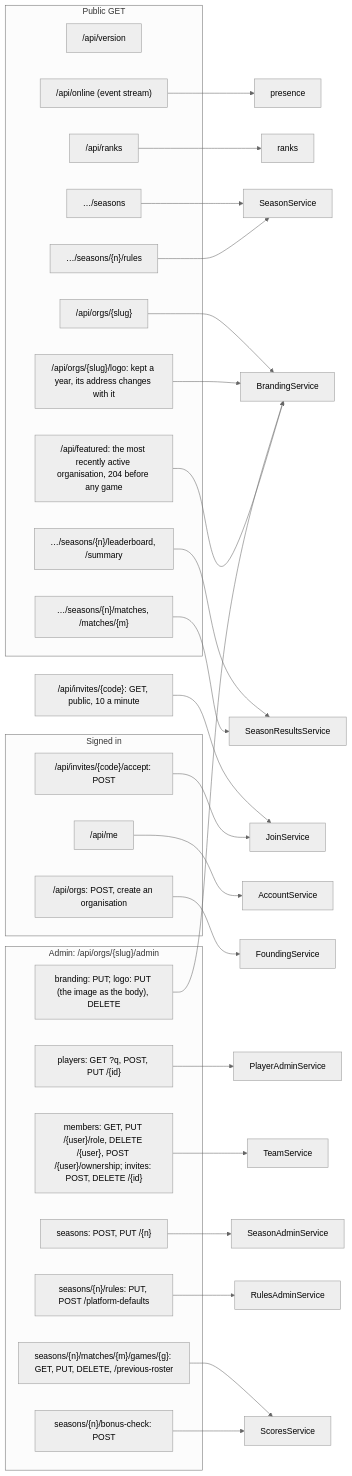
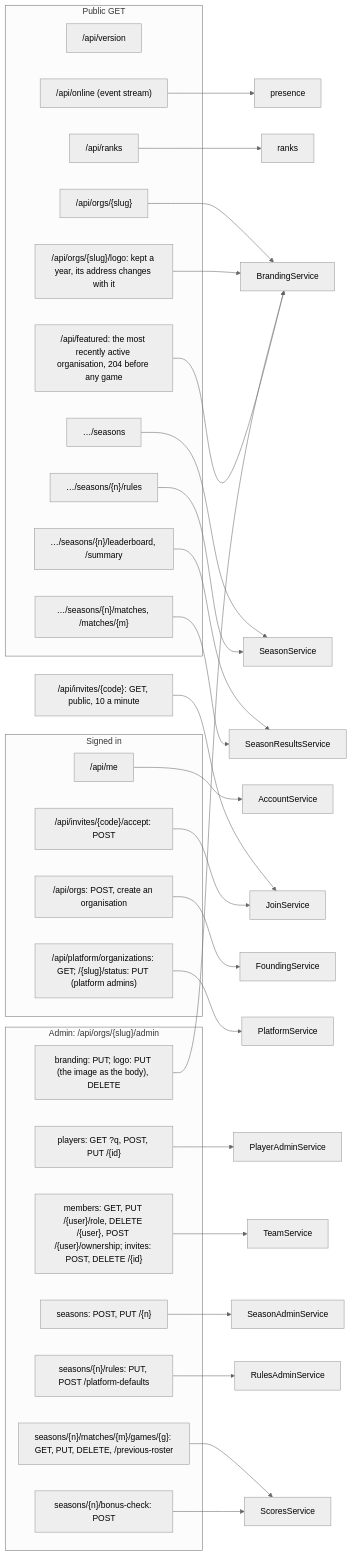
One commit to irmahs-labs/tournament-leaderboard changed the fourth of 7 diagrams in docs/context-graph.md. Above: the diagram before and after it, drawn with Mermaid (neutral theme). The commit also changed other lines of this file, not shown here.

Commit message:
docs: the platform package and screen in the context graph

````diff
--- a/docs/context-graph.md
+++ b/docs/context-graph.md
@@ -92,44 +96,46 @@
 ```mermaid
 flowchart LR
     subgraph public[Public GET]
         v["/api/version"]
         on["/api/online (event stream)"]
         r["/api/ranks"]
         fe["/api/featured: the most recently active organisation, 204 before any game"]
         o["/api/orgs/{slug}"]
         lo["/api/orgs/{slug}/logo: kept a year, its address changes with it"]
         sl["…/seasons"]
         sr["…/seasons/{n}/rules"]
         lb["…/seasons/{n}/leaderboard, /summary"]
         ml["…/seasons/{n}/matches, /matches/{m}"]
     end
     subgraph signedin[Signed in]
         me["/api/me"]
         acc["/api/invites/{code}/accept: POST"]
         fo["/api/orgs: POST, create an organisation"]
+        pl["/api/platform/organizations: GET; /{slug}/status: PUT (platform admins)"]
     end
     jv["/api/invites/{code}: GET, public, 10 a minute"]
     subgraph admin["Admin: /api/orgs/{slug}/admin"]
         ap["players: GET ?q, POST, PUT /{id}"]
         br["branding: PUT; logo: PUT (the image as the body), DELETE"]
         tm["members: GET, PUT /{user}/role, DELETE /{user}, POST /{user}/ownership; invites: POST, DELETE /{id}"]
         as["seasons: POST, PUT /{n}"]
         ru["seasons/{n}/rules: PUT, POST /platform-defaults"]
         sc["seasons/{n}/matches/{m}/games/{g}: GET, PUT, DELETE, /previous-roster"]
         bc["seasons/{n}/bonus-check: POST"]
     end
     r --> ranks
     on --> presence
     o & lo & br --> BrandingService
     sl & sr --> SeasonService
     lb & ml --> SeasonResultsService
     me --> AccountService
     fe --> BrandingService
     fo --> FoundingService
+    pl --> PlatformService
     tm --> TeamService
     jv & acc --> JoinService
     ap --> PlayerAdminService
     as --> SeasonAdminService
     sc & bc --> ScoresService
     ru --> RulesAdminService
 ```
````
